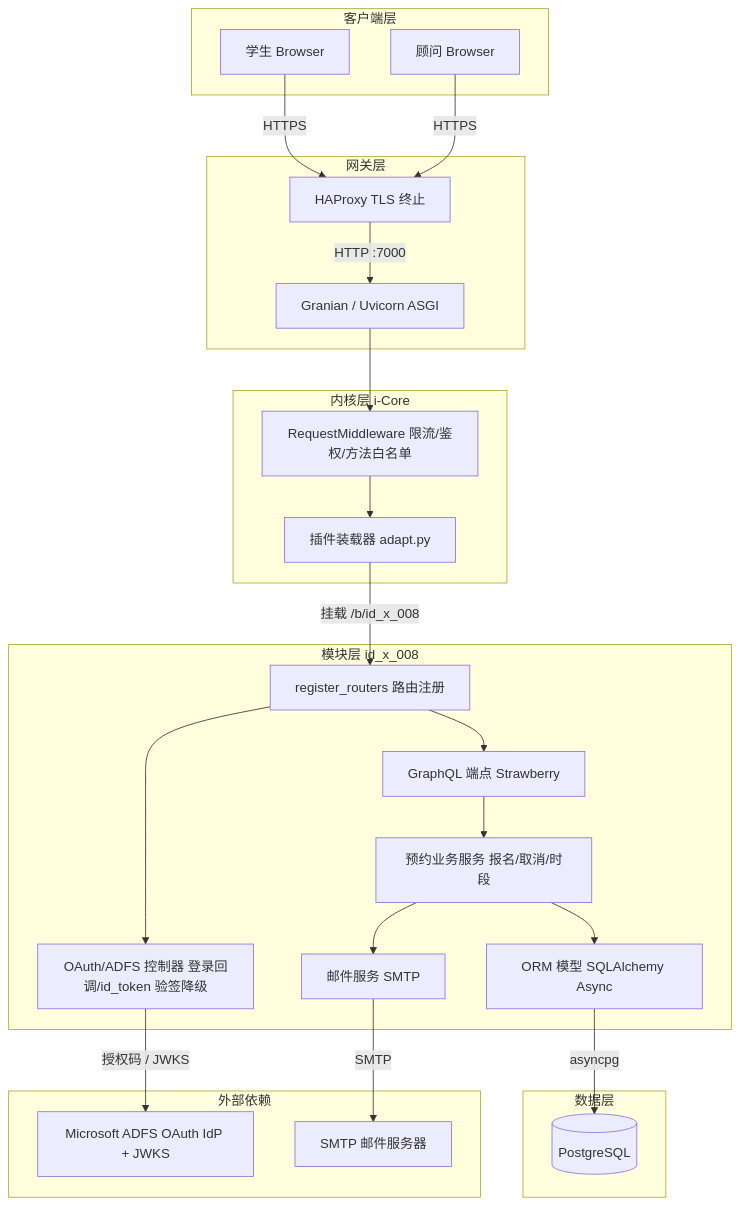
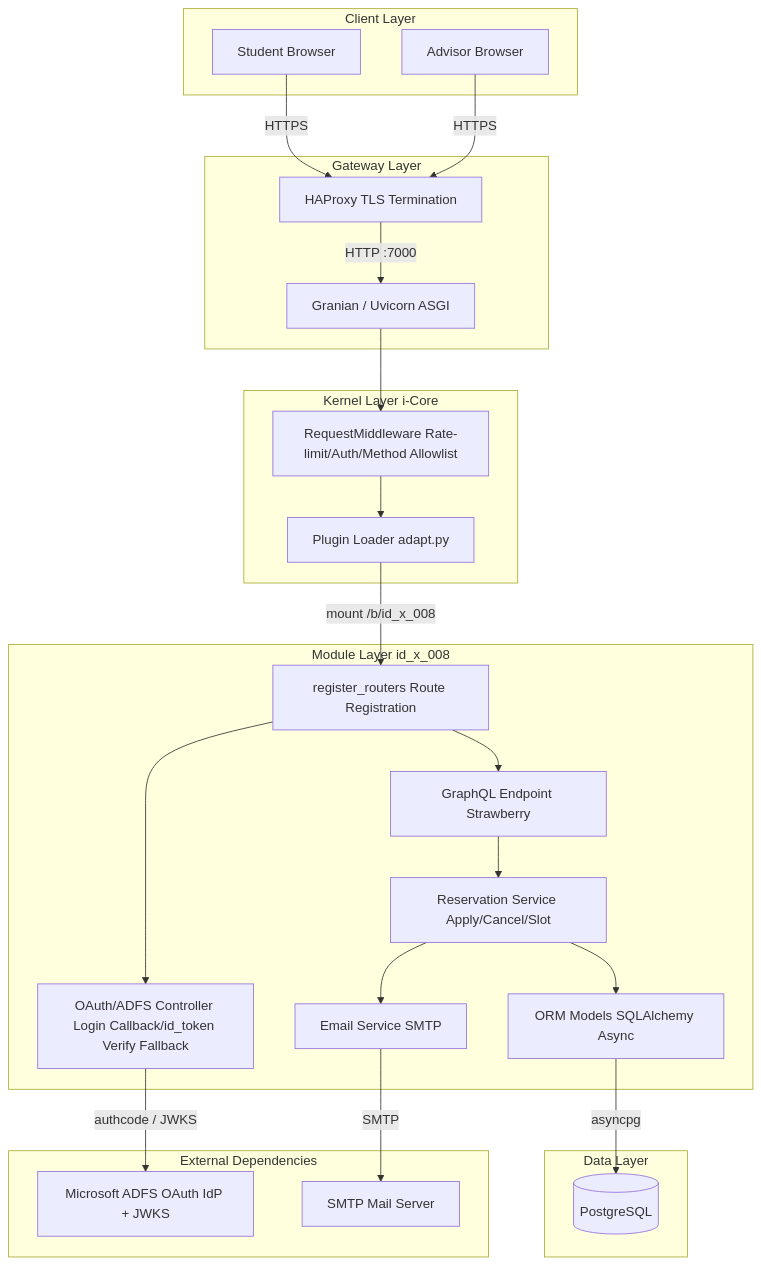
The first of 2 diagrams in README.md (i-TorchLabs/id_x_008), drawn with Mermaid before and after one commit. The commit also changed other lines of this file and 1 other file, not shown here.

````diff
--- a/README.md
+++ b/README.md
@@ -60,50 +60,50 @@
 ```mermaid
 graph TD
-    subgraph 客户端层
-        STU[学生 Browser]
-        ADV[顾问 Browser]
+    subgraph Client Layer
+        STU[Student Browser]
+        ADV[Advisor Browser]
     end
 
-    subgraph 网关层
-        HP[HAProxy TLS 终止]
+    subgraph Gateway Layer
+        HP[HAProxy TLS Termination]
         GW[Granian / Uvicorn ASGI]
     end
 
-    subgraph 内核层 i-Core
-        MW[RequestMiddleware 限流/鉴权/方法白名单]
-        ADAPT[插件装载器 adapt.py]
+    subgraph Kernel Layer i-Core
+        MW[RequestMiddleware Rate-limit/Auth/Method Allowlist]
+        ADAPT[Plugin Loader adapt.py]
     end
 
-    subgraph 模块层 id_x_008
-        ROUTER[register_routers 路由注册]
-        AUTH[OAuth/ADFS 控制器 登录回调/id_token 验签降级]
-        GQL[GraphQL 端点 Strawberry]
-        SVC[预约业务服务 报名/取消/时段]
-        MAIL[邮件服务 SMTP]
-        ORM[ORM 模型 SQLAlchemy Async]
+    subgraph Module Layer id_x_008
+        ROUTER[register_routers Route Registration]
+        AUTH[OAuth/ADFS Controller Login Callback/id_token Verify Fallback]
+        GQL[GraphQL Endpoint Strawberry]
+        SVC[Reservation Service Apply/Cancel/Slot]
+        MAIL[Email Service SMTP]
+        ORM[ORM Models SQLAlchemy Async]
     end
 
-    subgraph 数据层
+    subgraph Data Layer
         PG[(PostgreSQL)]
     end
 
-    subgraph 外部依赖
+    subgraph External Dependencies
         ADFS[Microsoft ADFS OAuth IdP + JWKS]
-        SMTP[SMTP 邮件服务器]
+        SMTP[SMTP Mail Server]
     end
 
     STU -->|HTTPS| HP
     ADV -->|HTTPS| HP
     HP -->|HTTP :7000| GW
     GW --> MW
     MW --> ADAPT
-    ADAPT -->|挂载 /b/id_x_008| ROUTER
+    ADAPT -->|mount /b/id_x_008| ROUTER
     ROUTER --> AUTH
     ROUTER --> GQL
-    AUTH -->|授权码 / JWKS| ADFS
+    AUTH -->|authcode / JWKS| ADFS
     GQL --> SVC
     SVC --> ORM
     SVC --> MAIL
     ORM -->|asyncpg| PG
     MAIL -->|SMTP| SMTP
 ```
````
